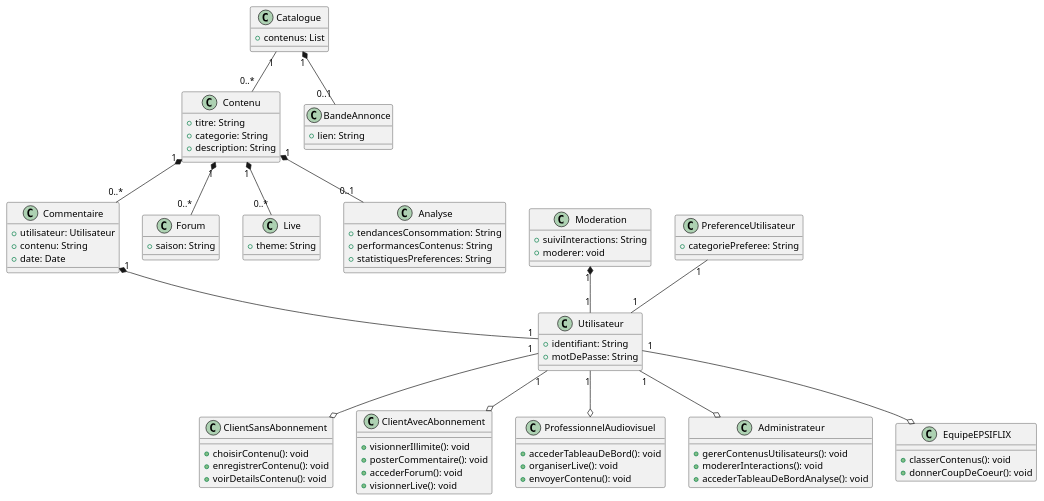
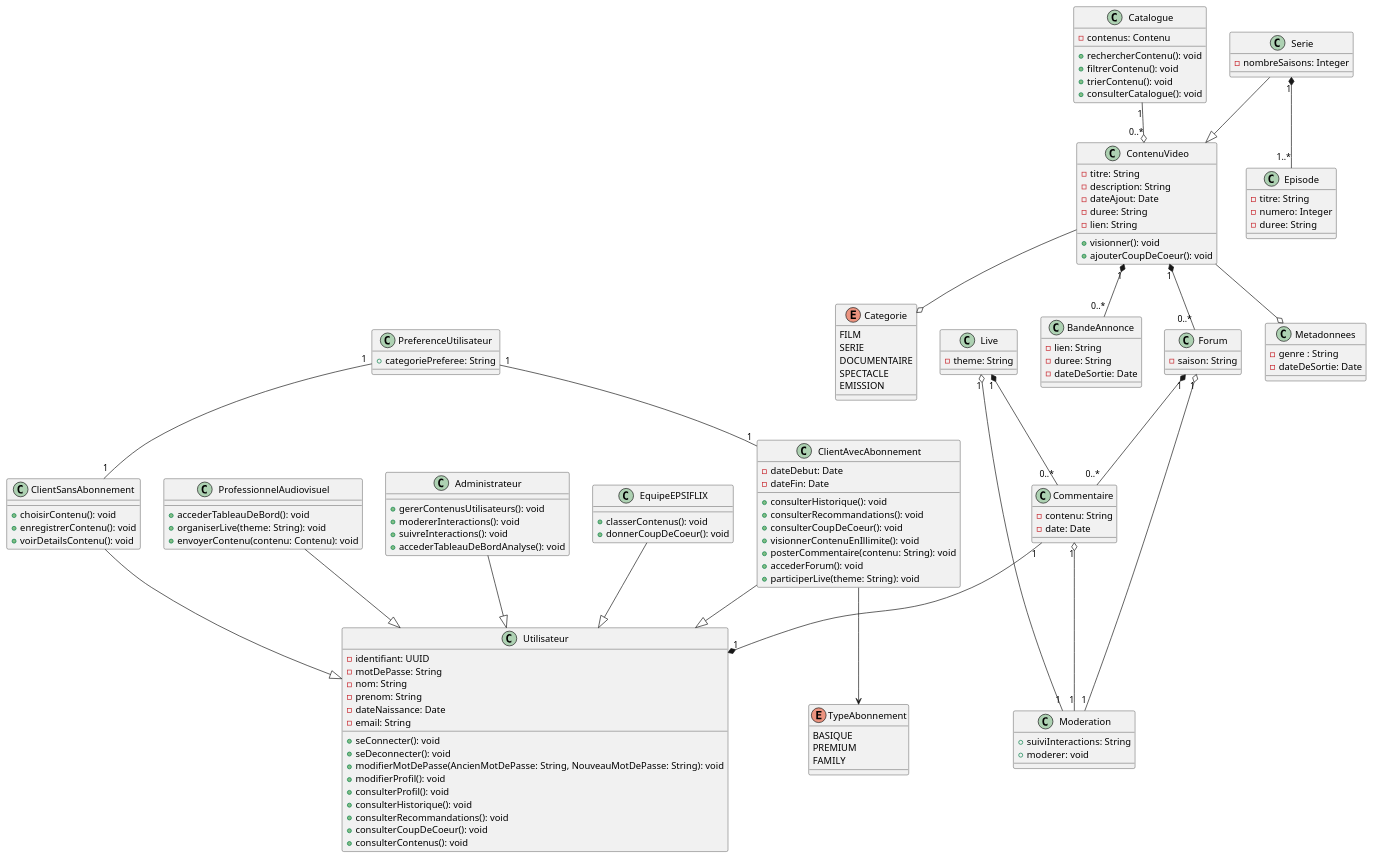
Before and after one commit to the-ark-of-noah/architecture-applicative-2024: the diagram in docs/technical/class-diagram/class-diagram-v3.puml, drawn with PlantUML. The commit also changed 3 other files, not shown here.

```diff
--- a/docs/technical/class-diagram/class-diagram-v3.puml
+++ b/docs/technical/class-diagram/class-diagram-v3.puml
@@ -1,95 +1,167 @@
-@startuml
+@startuml diagramme de classe - EPSIFLIX
 class Utilisateur {
-    +identifiant: String
-    +motDePasse: String
+    -identifiant: UUID
+    -motDePasse: String
+    - nom: String
+    - prenom: String
+    - dateNaissance: Date
+    - email: String
+    + seConnecter(): void
+    + seDeconnecter(): void
+    + modifierMotDePasse(AncienMotDePasse: String, NouveauMotDePasse: String): void
+    + modifierProfil(): void
+    + consulterProfil(): void
+    + consulterHistorique(): void
+    + consulterRecommandations(): void
+    + consulterCoupDeCoeur(): void
+    + consulterContenus(): void
 }
 
 class ClientSansAbonnement {
     +choisirContenu(): void
     +enregistrerContenu(): void
     +voirDetailsContenu(): void
 }
 
+' +visionnerEnIllimite(): void
+
 class ClientAvecAbonnement {
-    +visionnerIllimite(): void
-    +posterCommentaire(): void
+    - dateDebut: Date
+    - dateFin: Date
+    +consulterHistorique(): void
+    +consulterRecommandations(): void
+    +consulterCoupDeCoeur(): void
+    +visionnerContenuEnIllimite(): void
+    +posterCommentaire(contenu: String): void
     +accederForum(): void
-    +visionnerLive(): void
+    +participerLive(theme: String): void
+}
+
+' Doit on referencer la relation entre ClientAvecAbonnement et TypeAbonnement explicitement ?
+ClientAvecAbonnement --> TypeAbonnement
+
+enum TypeAbonnement {
+    BASIQUE
+    PREMIUM
+    FAMILY
 }
 
 class ProfessionnelAudiovisuel {
     +accederTableauDeBord(): void
-    +organiserLive(): void
-    +envoyerContenu(): void
+    +organiserLive(theme: String): void
+    +envoyerContenu(contenu: Contenu): void 
 }
 
 class Administrateur {
     +gererContenusUtilisateurs(): void
     +modererInteractions(): void
+    + suivreInteractions(): void
     +accederTableauDeBordAnalyse(): void
 }
 
 class EquipeEPSIFLIX {
     +classerContenus(): void
     +donnerCoupDeCoeur(): void
 }
 
-Utilisateur "1"--o ClientSansAbonnement
-Utilisateur "1"--o ClientAvecAbonnement
-Utilisateur "1"--o ProfessionnelAudiovisuel
-Utilisateur "1"--o Administrateur
-Utilisateur "1"--o EquipeEPSIFLIX
 
-class Contenu {
-    +titre: String
-    +categorie: String
-    +description: String
+class "ContenuVideo" as Contenu {
+    - titre: String
+    - description: String
+    - dateAjout: Date
+    - duree: String 
+    - lien: String
+    + visionner(): void
+    + ajouterCoupDeCoeur(): void
 }
 
+class Metadonnees {
+    - genre : String
+    - dateDeSortie: Date
+}
+
+Contenu --o Metadonnees
+
+
+enum Categorie {
+    FILM
+    SERIE
+    DOCUMENTAIRE
+    SPECTACLE
+    EMISSION
+}
+
+Contenu --o Categorie
+Serie --|> Contenu
+
+class Serie {
+    -nombreSaisons: Integer
+}
+
+class Episode {
+    - titre: String
+    - numero: Integer
+    - duree: String
+}
+
+Serie "1" *-- "1..*" Episode
+
 class Catalogue {
-    +contenus: List
+    -contenus: Contenu
+    +rechercherContenu(): void
+    +filtrerContenu(): void
+    +trierContenu(): void
+    +consulterCatalogue(): void
 }
 
 class BandeAnnonce {
-    +lien: String
+    -lien: String
+    -duree: String
+    -dateDeSortie: Date
 }
 
 class Commentaire {
-    +utilisateur: Utilisateur
-    +contenu: String
-    +date: Date
+    -contenu: String
+    -date: Date
 }
 
 class Forum {
-    +saison: String
+    -saison: String
 }
 
 class Live {
-    +theme: String
-}
-
-class Analyse {
-    +tendancesConsommation: String
-    +performancesContenus: String
-    +statistiquesPreferences: String
+    -theme: String
 }
 
 class Moderation {
     +suiviInteractions: String
     +moderer: void
 }
 
 class PreferenceUtilisateur {
     +categoriePreferee: String
 }
 
-Catalogue "1" -- "0..*" Contenu
-Catalogue "1" *-- "0..1" BandeAnnonce
-Contenu "1" *-- "0..*" Commentaire
+Catalogue "1" --o "0..*" Contenu
+Contenu "1" *-- "0..*" BandeAnnonce
+Live "1" *-- "0..*" Commentaire
+Forum "1" *-- "0..*" Commentaire
 Contenu "1" *-- "0..*" Forum
-Contenu "1" *-- "0..*" Live
-Contenu "1" *-- "0..1" Analyse
-Commentaire "1" *-- "1" Utilisateur
-Moderation "1" *-- "1" Utilisateur
-PreferenceUtilisateur "1" -- "1" Utilisateur
+' Contenu "1" *-- "0..*" Live
+
+
+Commentaire "1" --* "1" Utilisateur
+Commentaire  "1" o-- "1" Moderation
+Forum "1" o-- "1" Moderation
+Live "1" o-- "1" Moderation
+
+PreferenceUtilisateur "1" -- "1" ClientAvecAbonnement
+PreferenceUtilisateur "1" -- "1" ClientSansAbonnement
+
+ClientSansAbonnement --|> Utilisateur
+ClientAvecAbonnement --|> Utilisateur
+ProfessionnelAudiovisuel --|> Utilisateur
+Administrateur --|> Utilisateur
+EquipeEPSIFLIX --|> Utilisateur
+
 @enduml
```
